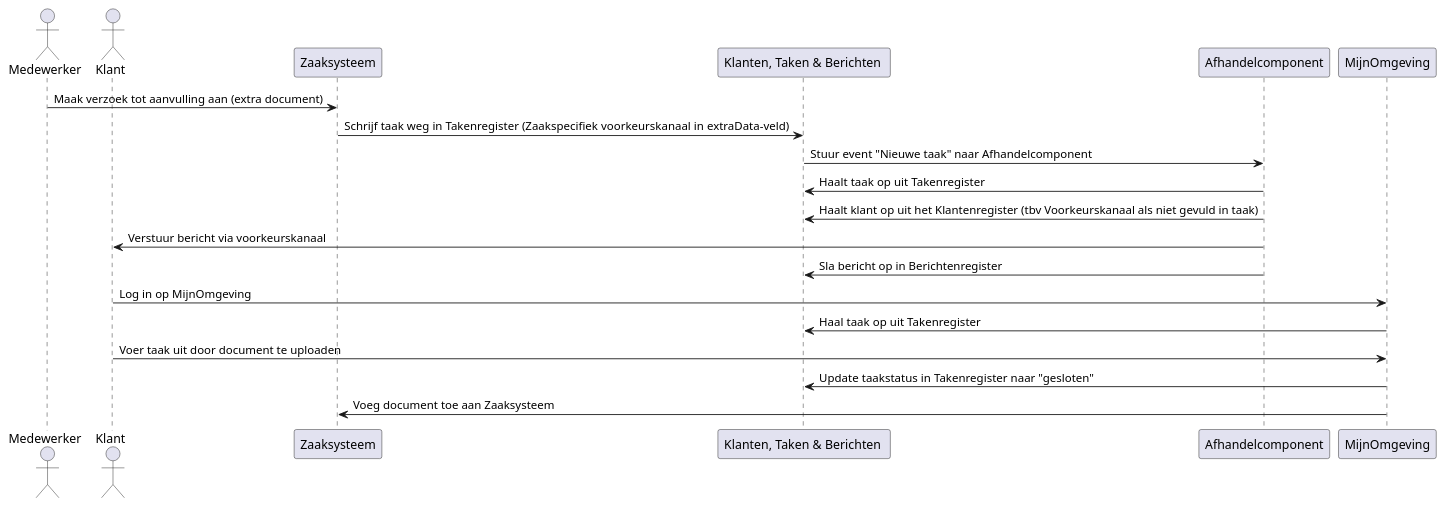
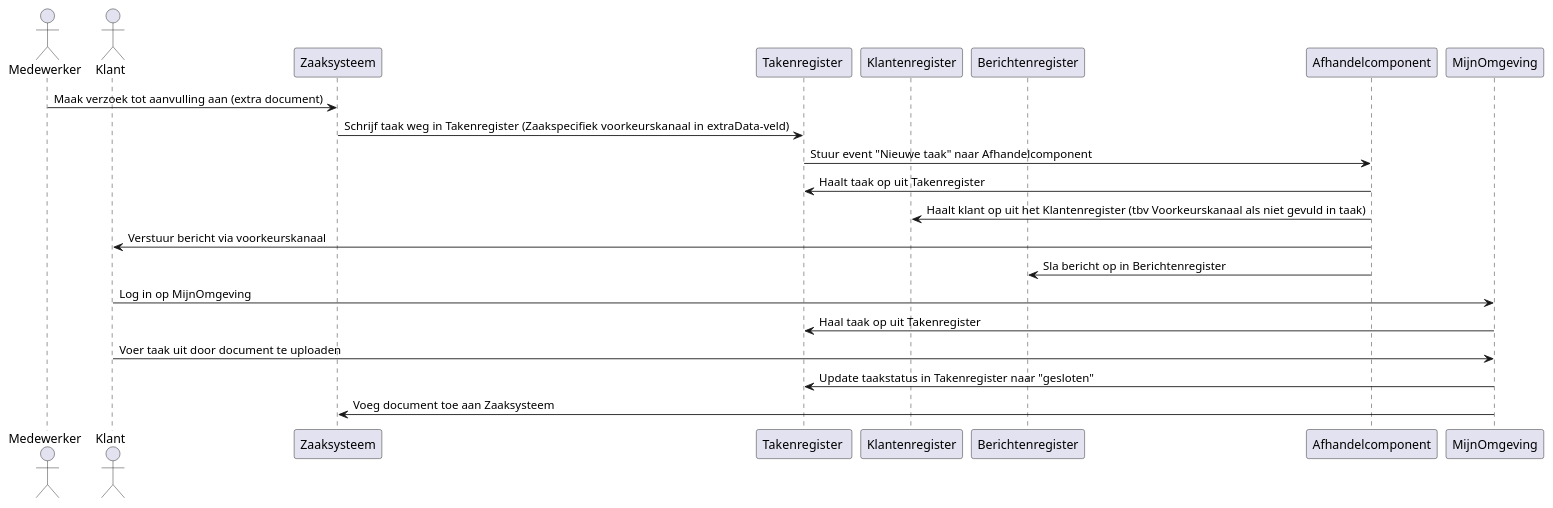
The diagram in docs/taak_simpel.puml (CommonGateway/CustomerInteractionBundle), drawn with PlantUML before and after one commit.

```diff
--- a/docs/taak_simpel.puml
+++ b/docs/taak_simpel.puml
@@ -1,22 +1,24 @@
 @startuml
 actor Medewerker
 actor Klant
 participant Zaaksysteem
-participant KTB as "Klanten, Taken & Berichten "
+participant KTB as "Takenregister "
+participant Klanten as "Klantenregister"
+participant Berichten as "Berichtenregister"
 participant "Afhandelcomponent"
 participant MijnOmgeving
 
 Medewerker -> Zaaksysteem: Maak verzoek tot aanvulling aan (extra document)
 Zaaksysteem -> KTB: Schrijf taak weg in Takenregister (Zaakspecifiek voorkeurskanaal in extraData-veld)
 KTB -> "Afhandelcomponent": Stuur event "Nieuwe taak" naar Afhandelcomponent
 "Afhandelcomponent" -> KTB: Haalt taak op uit Takenregister 
-"Afhandelcomponent" -> KTB: Haalt klant op uit het Klantenregister (tbv Voorkeurskanaal als niet gevuld in taak)
+"Afhandelcomponent" -> Klanten: Haalt klant op uit het Klantenregister (tbv Voorkeurskanaal als niet gevuld in taak)
 "Afhandelcomponent" -> Klant: Verstuur bericht via voorkeurskanaal
-"Afhandelcomponent" -> KTB: Sla bericht op in Berichtenregister
+"Afhandelcomponent" -> Berichten: Sla bericht op in Berichtenregister
 
 Klant -> MijnOmgeving: Log in op MijnOmgeving
 MijnOmgeving -> KTB: Haal taak op uit Takenregister
 Klant -> MijnOmgeving: Voer taak uit door document te uploaden
 MijnOmgeving -> KTB: Update taakstatus in Takenregister naar "gesloten"
 MijnOmgeving -> Zaaksysteem: Voeg document toe aan Zaaksysteem
 @enduml
```
